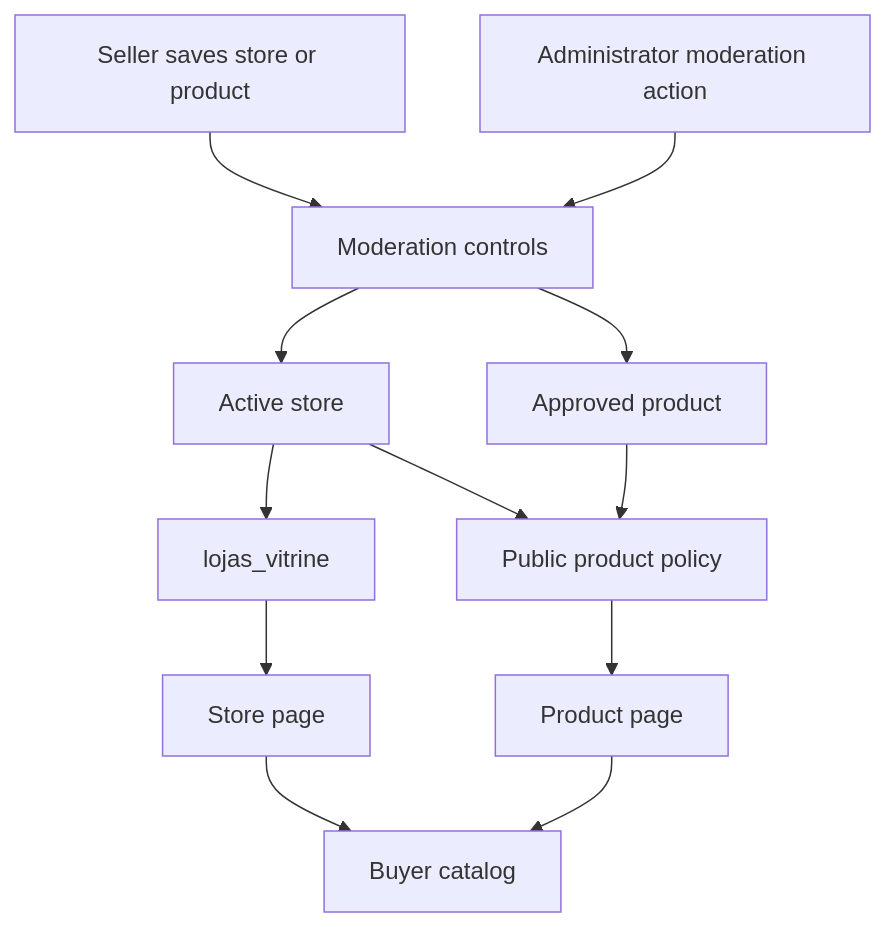
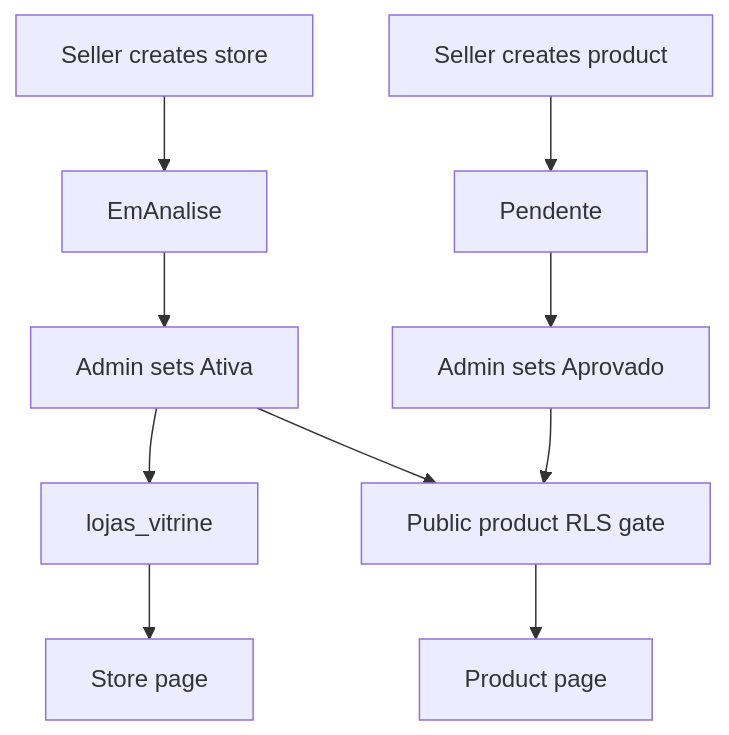
One commit to Schneider-Gr/industria24hIA changed the diagram in openwiki/concepts/marketplace-catalog-and-roles.md. Above: the diagram before and after it, drawn with Mermaid. The commit also changed other lines of this file and 32 other files, not shown here.

````diff
--- a/openwiki/concepts/marketplace-catalog-and-roles.md
+++ b/openwiki/concepts/marketplace-catalog-and-roles.md
@@ -93,14 +109,12 @@
 ```mermaid
 flowchart TD
-  Seller["Seller saves store or product"] --> Moderation["Moderation controls"]
-  Admin["Administrator moderation action"] --> Moderation
-  Moderation --> ActiveStore["Active store"]
-  Moderation --> ApprovedProduct["Approved product"]
+  Seller["Seller creates store"] --> ReviewStore["EmAnalise"]
+  ReviewStore --> ActiveStore["Admin sets Ativa"]
+  SellerProduct["Seller creates product"] --> PendingProduct["Pendente"]
+  PendingProduct --> ApprovedProduct["Admin sets Aprovado"]
   ActiveStore --> StoreView["lojas_vitrine"]
-  ActiveStore --> PublicGate["Public product policy"]
-  ApprovedProduct --> PublicGate
+  ActiveStore --> PublicProduct["Public product RLS gate"]
+  ApprovedProduct --> PublicProduct
   StoreView --> StorePage["Store page"]
-  PublicGate --> ProductPage["Product page"]
-  StorePage --> Buyer["Buyer catalog"]
-  ProductPage --> Buyer
+  PublicProduct --> ProductPage["Product page"]
 ```
````
